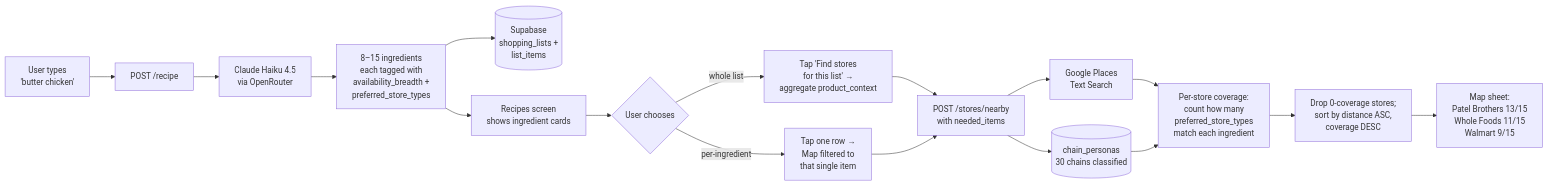
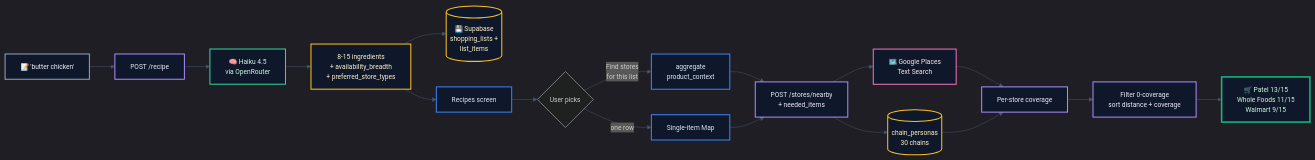
One commit to p-kowadkar/HomeCart changed the third of 5 diagrams in README.md. Above: the diagram before and after it, drawn with Mermaid. The commit also changed other lines of this file, not shown here.

First line of the commit message:
Polish README diagrams: dark theme + color-coded categories

````diff
--- a/README.md
+++ b/README.md
@@ -93,19 +110,28 @@
 ```mermaid
+%%{init: {'theme':'dark', 'themeVariables': {'fontSize':'13px', 'fontFamily':'-apple-system, system-ui, sans-serif', 'lineColor':'#475569'}}}%%
 flowchart LR
-    Dish["User types<br/>'butter chicken'"] --> Recipe[POST /recipe]
-    Recipe --> Claude[Claude Haiku 4.5<br/>via OpenRouter]
-    Claude --> Ings["8–15 ingredients<br/>each tagged with<br/>availability_breadth +<br/>preferred_store_types"]
-    Ings --> Save[(Supabase<br/>shopping_lists +<br/>list_items)]
-    Ings --> Display[Recipes screen<br/>shows ingredient cards]
-    Display --> Either{User chooses}
-    Either -->|per-ingredient| Single["Tap one row →<br/>Map filtered to<br/>that single item"]
-    Either -->|whole list| Multi["Tap 'Find stores<br/>for this list' →<br/>aggregate product_context"]
-    Multi --> Nearby["POST /stores/nearby<br/>with needed_items"]
+    Dish["📝 'butter chicken'"]:::input --> Recipe["POST /recipe"]:::backend
+    Recipe --> Claude["🧠 Haiku 4.5<br/>via OpenRouter"]:::llm
+    Claude --> Ings["8-15 ingredients<br/>+ availability_breadth<br/>+ preferred_store_types"]:::data
+    Ings --> Save[("💾 Supabase<br/>shopping_lists +<br/>list_items")]:::data
+    Ings --> Display["Recipes screen"]:::mobile
+    Display --> Either{User picks}
+    Either -->|one row| Single["Single-item Map"]:::mobile
+    Either -->|Find stores<br/>for this list| Multi["aggregate<br/>product_context"]:::mobile
+    Multi --> Nearby["POST /stores/nearby<br/>+ needed_items"]:::backend
     Single --> Nearby
-    Nearby --> Places[Google Places<br/>Text Search]
-    Nearby --> Personas[(chain_personas<br/>30 chains classified)]
-    Places --> Rank["Per-store coverage:<br/>count how many<br/>preferred_store_types<br/>match each ingredient"]
+    Nearby --> Places["🗺️ Google Places<br/>Text Search"]:::external
+    Nearby --> Personas[("chain_personas<br/>30 chains")]:::data
+    Places --> Rank["Per-store coverage"]:::backend
     Personas --> Rank
-    Rank --> Filter["Drop 0-coverage stores;<br/>sort by distance ASC,<br/>coverage DESC"]
-    Filter --> Map["Map sheet:<br/>Patel Brothers 13/15<br/>Whole Foods 11/15<br/>Walmart 9/15"]
+    Rank --> Filter["Filter 0-coverage<br/>sort distance + coverage"]:::backend
+    Filter --> Map["🛒 Patel 13/15<br/>Whole Foods 11/15<br/>Walmart 9/15"]:::result
+
+    classDef input fill:#0F172A,stroke:#94A3B8,stroke-width:2px,color:#F1F5F9
+    classDef mobile fill:#0F172A,stroke:#3B82F6,stroke-width:2px,color:#DBEAFE
+    classDef backend fill:#0F172A,stroke:#A78BFA,stroke-width:2px,color:#EDE9FE
+    classDef llm fill:#0F172A,stroke:#34D399,stroke-width:2px,color:#D1FAE5
+    classDef data fill:#0F172A,stroke:#FBBF24,stroke-width:2px,color:#FEF3C7
+    classDef external fill:#0F172A,stroke:#F472B6,stroke-width:2px,color:#FCE7F3
+    classDef result fill:#0F172A,stroke:#10B981,stroke-width:3px,color:#D1FAE5
 ```
````
